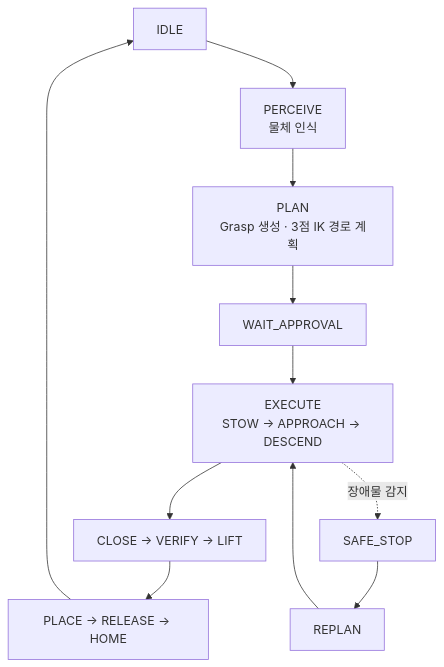
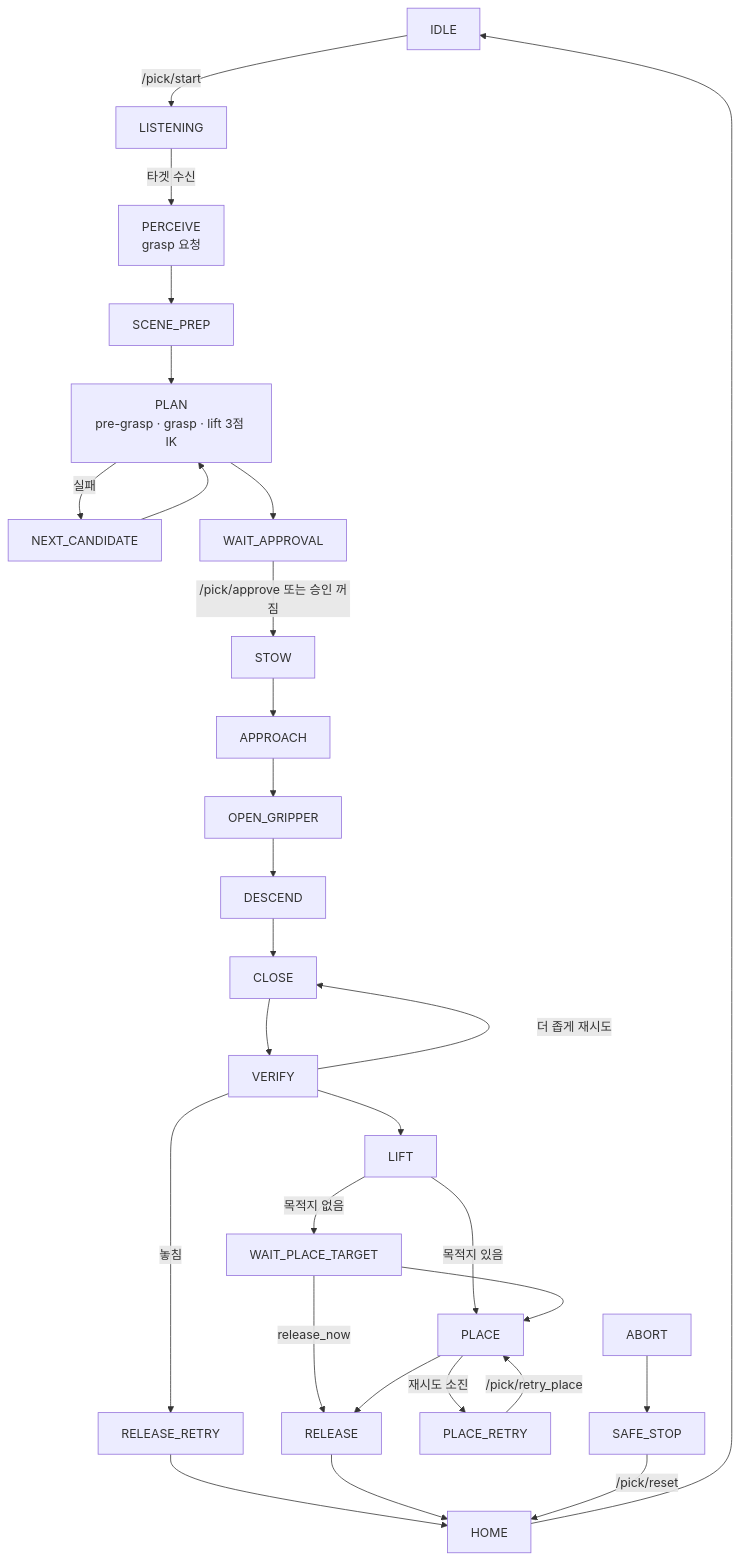
Before and after one commit to gwanhuiGIM/Rokey_cobot2: the diagram in README.md, drawn with Mermaid. The commit also changed other lines of this file, not shown here.

````diff
--- a/README.md
+++ b/README.md
@@ -94,13 +64,17 @@
 ```mermaid
 flowchart TD
-    A[IDLE] --> B["PERCEIVE<br/>물체 인식"]
-    B --> C["PLAN<br/>Grasp 생성 · 3점 IK 경로 계획"]
-    C --> D[WAIT_APPROVAL]
-    D --> E["EXECUTE<br/>STOW → APPROACH → DESCEND"]
-    E --> F["CLOSE → VERIFY → LIFT"]
-    F --> G["PLACE → RELEASE → HOME"]
-    G --> A
-    E -. 장애물 감지 .-> H[SAFE_STOP]
-    H --> I[REPLAN]
-    I --> E
+    IDLE -->|/pick/start| LISTENING
+    LISTENING -->|타겟 수신| PERCEIVE["PERCEIVE<br/>grasp 요청"]
+    PERCEIVE --> SCENE_PREP --> PLAN["PLAN<br/>pre-grasp · grasp · lift 3점 IK"]
+    PLAN -->|실패| NEXT_CANDIDATE --> PLAN
+    PLAN --> WAIT_APPROVAL -->|/pick/approve 또는 승인 꺼짐| STOW --> APPROACH --> OPEN_GRIPPER --> DESCEND --> CLOSE --> VERIFY
+    VERIFY -->|더 좁게 재시도| CLOSE
+    VERIFY -->|놓침| RELEASE_RETRY --> HOME
+    VERIFY --> LIFT
+    LIFT -->|목적지 있음| PLACE
+    LIFT -->|목적지 없음| WAIT_PLACE_TARGET --> PLACE
+    WAIT_PLACE_TARGET -->|release_now| RELEASE
+    PLACE -->|재시도 소진| PLACE_RETRY -->|/pick/retry_place| PLACE
+    PLACE --> RELEASE --> HOME --> IDLE
+    ABORT --> SAFE_STOP -->|/pick/reset| HOME
 ```
````
